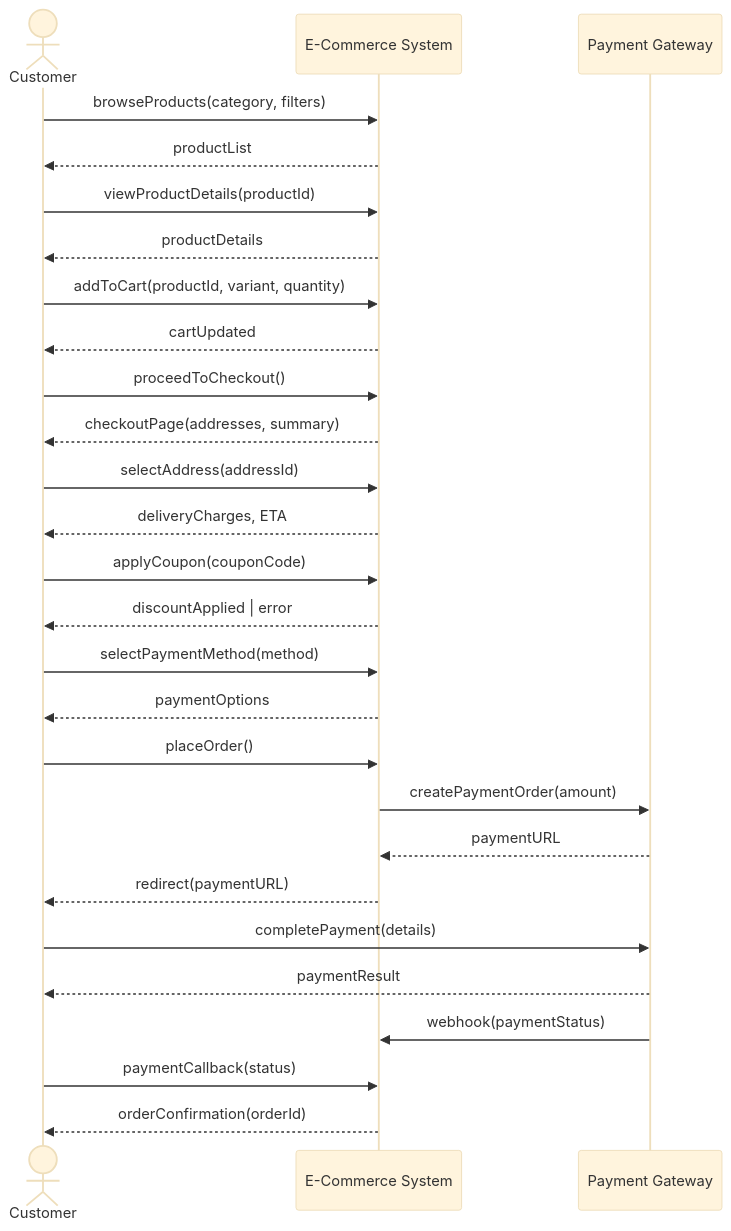
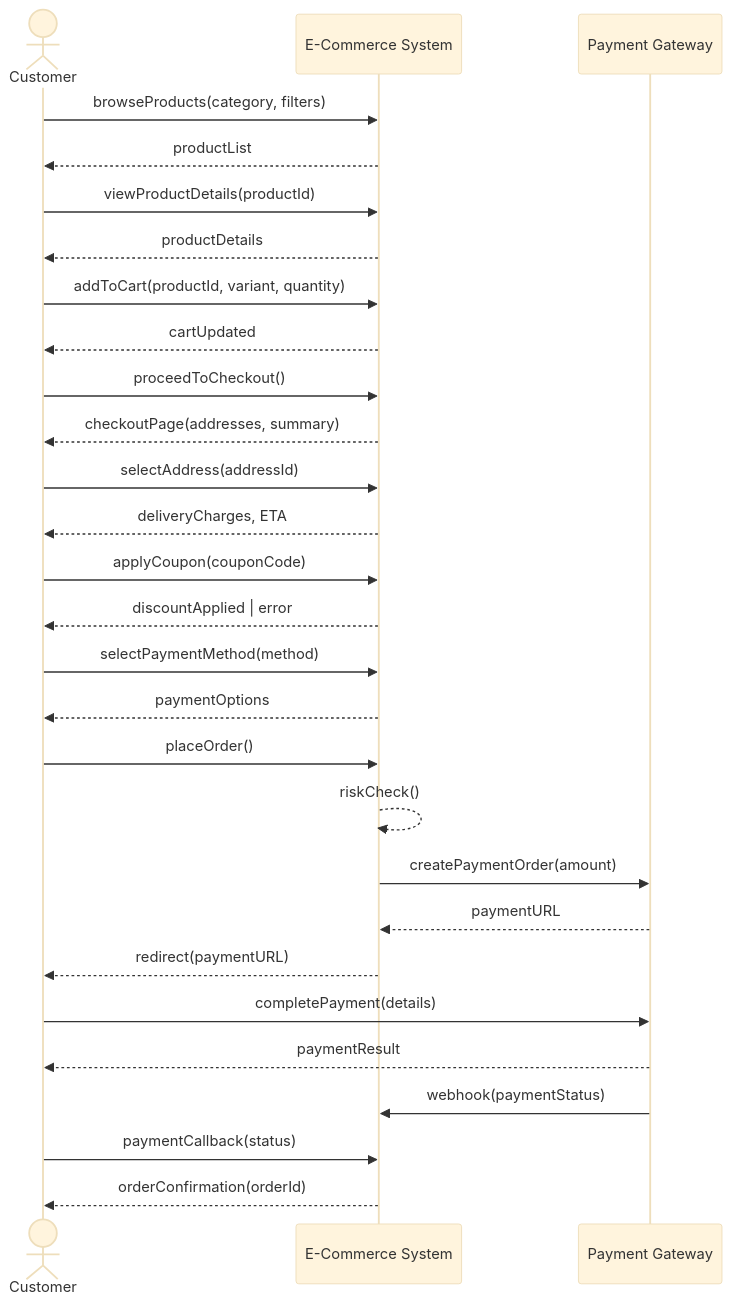
The first of 9 diagrams in E-Commerce/high-level-design/system-sequence-diagrams.md (0Ankit0/Project-Ideas), drawn with Mermaid (base theme) before and after one commit. The commit also changed 21 other files, not shown here.

````diff
--- a/E-Commerce/high-level-design/system-sequence-diagrams.md
+++ b/E-Commerce/high-level-design/system-sequence-diagrams.md
@@ -10,39 +10,40 @@
 ```mermaid
 sequenceDiagram
     actor Customer
     participant System as E-Commerce System
     participant PaymentGW as Payment Gateway
     
     Customer->>System: browseProducts(category, filters)
     System-->>Customer: productList
     
     Customer->>System: viewProductDetails(productId)
     System-->>Customer: productDetails
     
     Customer->>System: addToCart(productId, variant, quantity)
     System-->>Customer: cartUpdated
     
     Customer->>System: proceedToCheckout()
     System-->>Customer: checkoutPage(addresses, summary)
     
     Customer->>System: selectAddress(addressId)
     System-->>Customer: deliveryCharges, ETA
     
     Customer->>System: applyCoupon(couponCode)
     System-->>Customer: discountApplied | error
     
     Customer->>System: selectPaymentMethod(method)
     System-->>Customer: paymentOptions
     
     Customer->>System: placeOrder()
+    System-->>System: riskCheck()
     System->>PaymentGW: createPaymentOrder(amount)
     PaymentGW-->>System: paymentURL
     System-->>Customer: redirect(paymentURL)
     
     Customer->>PaymentGW: completePayment(details)
     PaymentGW-->>Customer: paymentResult
     PaymentGW->>System: webhook(paymentStatus)
     
     Customer->>System: paymentCallback(status)
     System-->>Customer: orderConfirmation(orderId)
 ```
````
